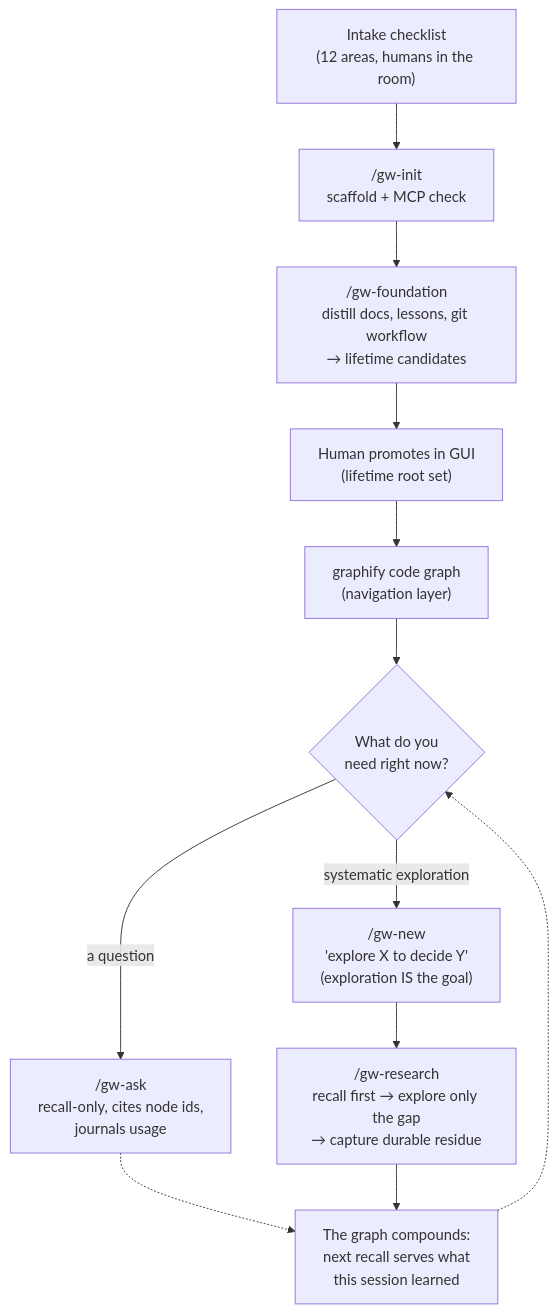
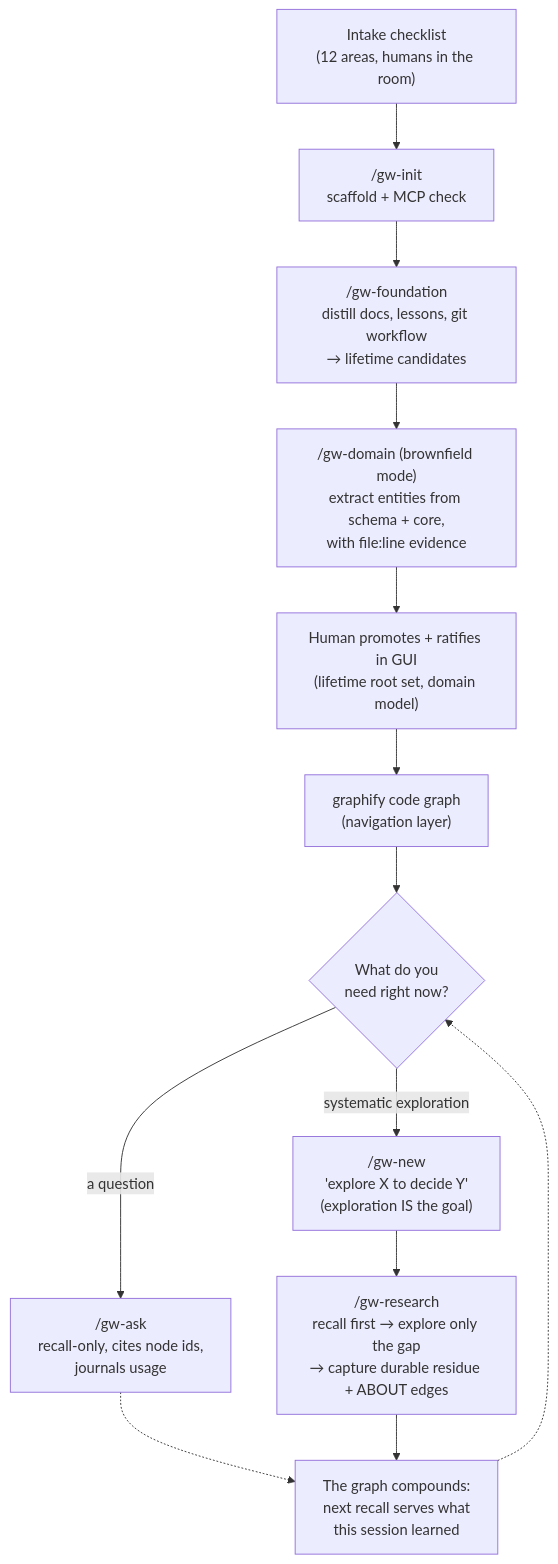
Before and after one commit to mt3o-dev/graph-workflow: the diagram in docs/LEARNING-A-CODEBASE.md, drawn with Mermaid. The commit also changed other lines of this file and 19 other files, not shown here.

````diff
--- a/docs/LEARNING-A-CODEBASE.md
+++ b/docs/LEARNING-A-CODEBASE.md
@@ -13,14 +13,15 @@
 ```mermaid
 flowchart TD
     INTAKE["Intake checklist<br/>(12 areas, humans in the room)"] --> INIT["/gw-init<br/>scaffold + MCP check"]
     INIT --> FOUND["/gw-foundation<br/>distill docs, lessons, git workflow<br/>→ lifetime candidates"]
-    FOUND --> PROMOTE["Human promotes in GUI<br/>(lifetime root set)"]
+    FOUND --> DOM["/gw-domain (brownfield mode)<br/>extract entities from schema + core,<br/>with file:line evidence"]
+    DOM --> PROMOTE["Human promotes + ratifies in GUI<br/>(lifetime root set, domain model)"]
     PROMOTE --> GRAPHIFY["graphify code graph<br/>(navigation layer)"]
     GRAPHIFY --> Q{What do you<br/>need right now?}
     Q -- "a question" --> ASK["/gw-ask<br/>recall-only, cites node ids,<br/>journals usage"]
     Q -- "systematic exploration" --> NEW["/gw-new<br/>'explore X to decide Y'<br/>(exploration IS the goal)"]
-    NEW --> RES["/gw-research<br/>recall first → explore only the gap<br/>→ capture durable residue"]
+    NEW --> RES["/gw-research<br/>recall first → explore only the gap<br/>→ capture durable residue + ABOUT edges"]
     ASK -.-> COMPOUND
     RES --> COMPOUND["The graph compounds:<br/>next recall serves what<br/>this session learned"]
     COMPOUND -.-> Q
 ```
````
